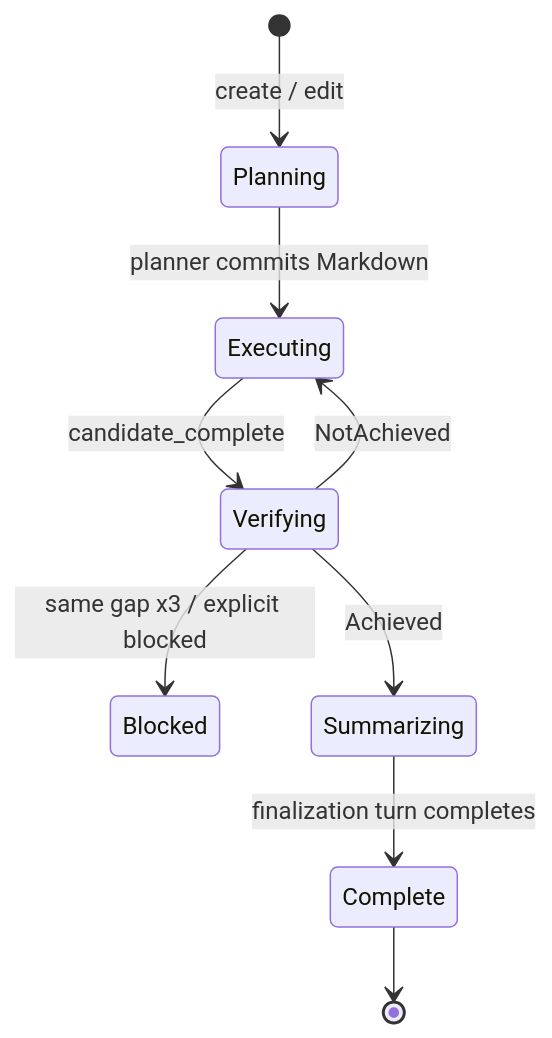
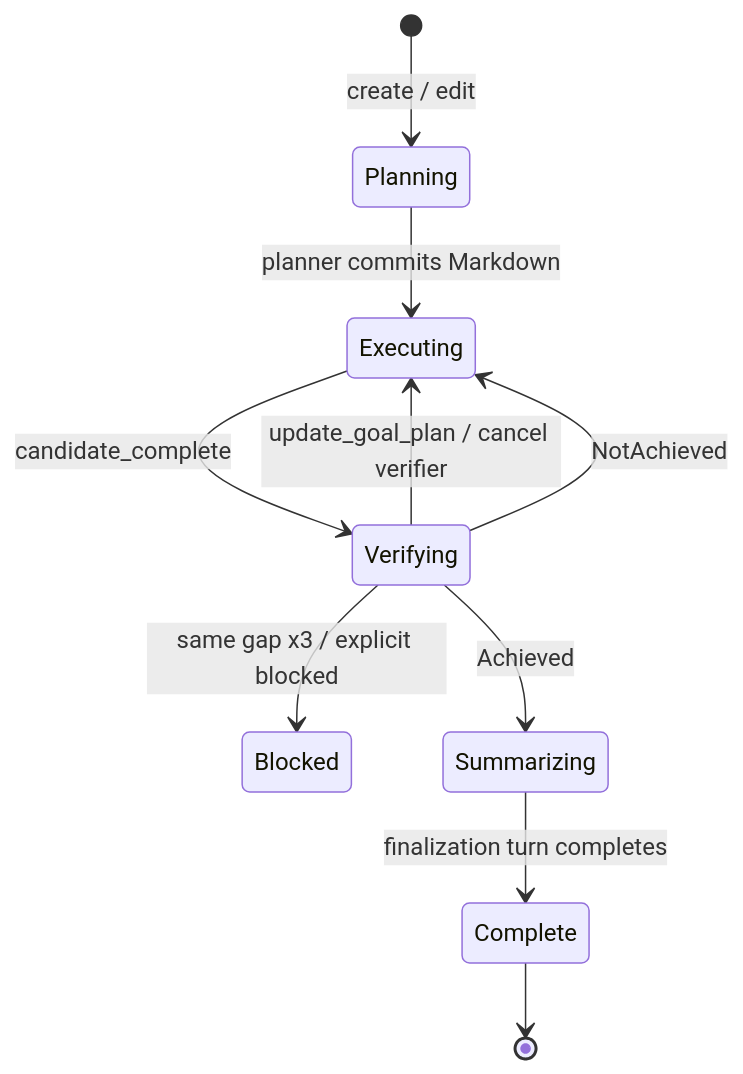
Before and after one commit to LordCasser/grow: the diagram in docs/architecture/goal-continuation.md, drawn with Mermaid. The commit also changed other lines of this file and 5 other files, not shown here.

Commit message:
fix(goal): cancel verifier on plan revision

````diff
--- a/docs/architecture/goal-continuation.md
+++ b/docs/architecture/goal-continuation.md
@@ -41,11 +41,12 @@
 ```mermaid
 stateDiagram-v2
     [*] --> Planning: create / edit
     Planning --> Executing: planner commits Markdown
     Executing --> Verifying: candidate_complete
+    Verifying --> Executing: update_goal_plan / cancel verifier
     Verifying --> Executing: NotAchieved
     Verifying --> Blocked: same gap x3 / explicit blocked
     Verifying --> Summarizing: Achieved
     Summarizing --> Complete: finalization turn completes
     Complete --> [*]
 ```
````
